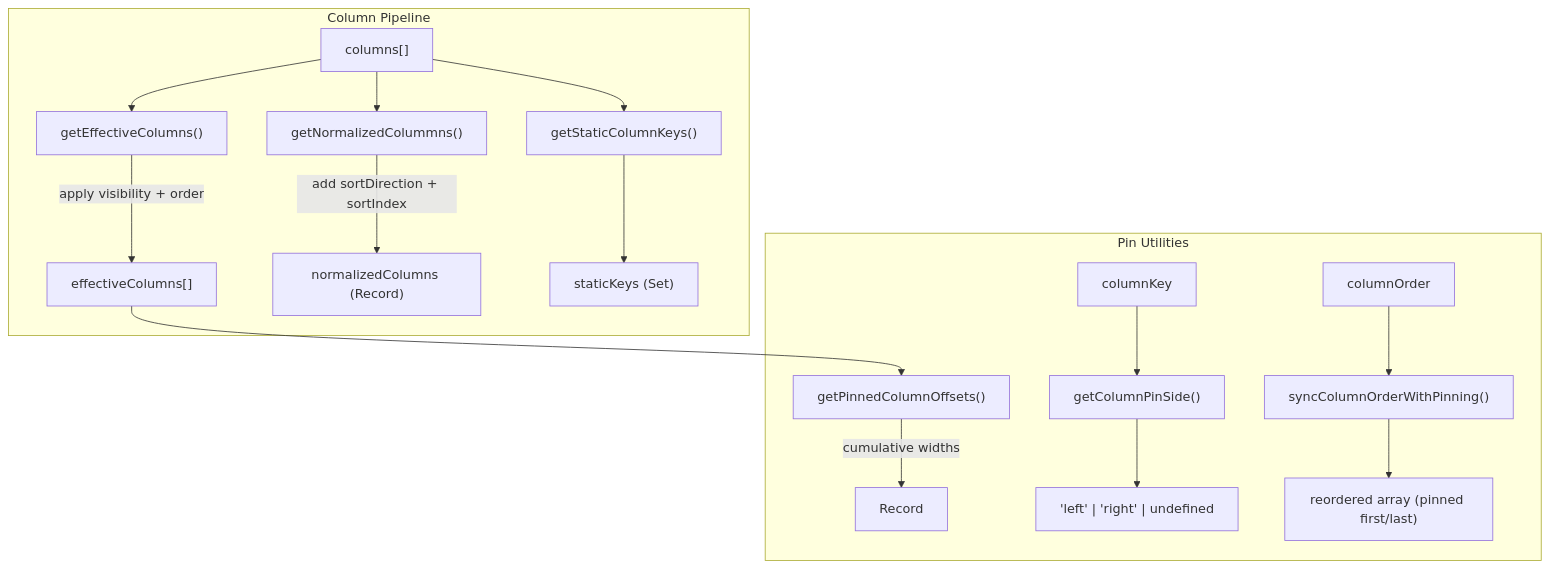
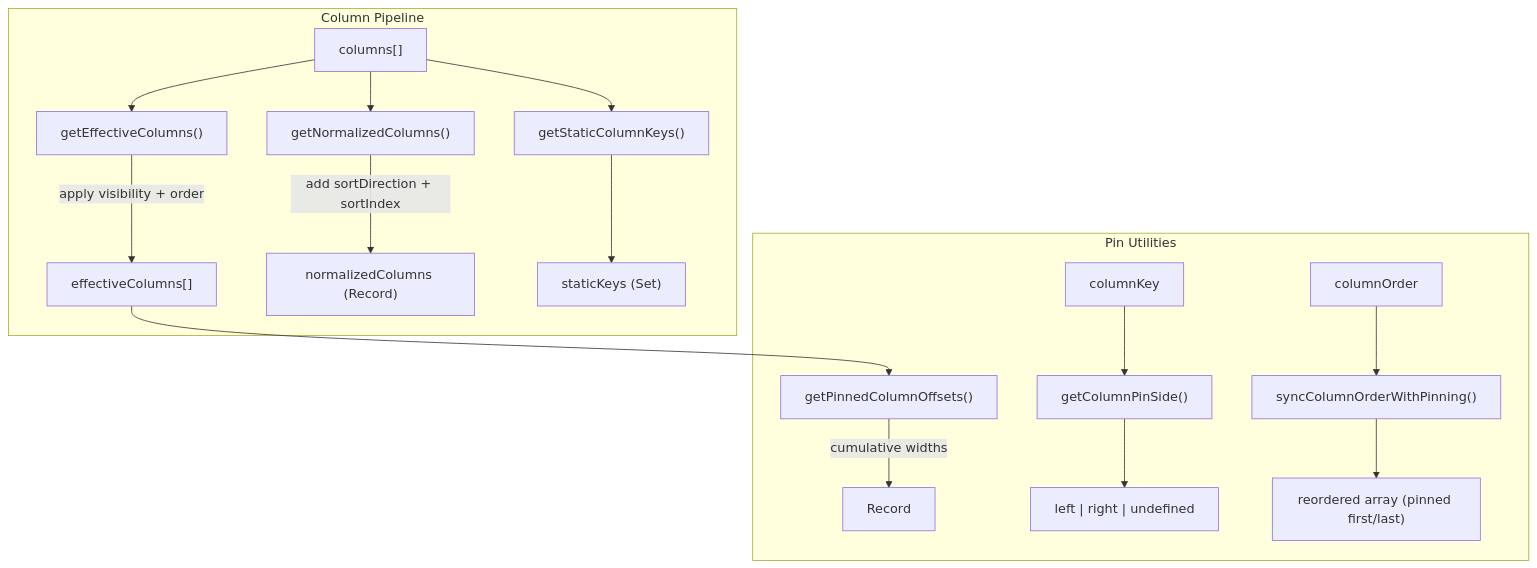
The second of 3 diagrams in apps/react-router/src/components/Table/utils/ARCHITECTURE.md (luciocabrera/lcabrera-stack), drawn with Mermaid before and after one commit. The commit also changed other lines of this file and 25 other files, not shown here.

````diff
--- a/apps/react-router/src/components/Table/utils/ARCHITECTURE.md
+++ b/apps/react-router/src/components/Table/utils/ARCHITECTURE.md
@@ -28,24 +67,24 @@
 ```mermaid
 graph TD
   subgraph "Column Pipeline"
     Cols["columns[]"] --> EC["getEffectiveColumns()"]
     EC -->|"apply visibility + order"| Effective["effectiveColumns[]"]
 
-    Cols --> NC["getNormalizedColummns()"]
+    Cols --> NC["getNormalizedColumns()"]
     NC -->|"add sortDirection + sortIndex"| Normalized["normalizedColumns (Record)"]
 
     Cols --> SK["getStaticColumnKeys()"]
     SK --> Static["staticKeys (Set)"]
   end
 
   subgraph "Pin Utilities"
     Effective --> Offsets["getPinnedColumnOffsets()"]
     Offsets -->|"cumulative widths"| PinInfo["Record<key, PinnedColumnInfo>"]
 
     Key["columnKey"] --> Side["getColumnPinSide()"]
-    Side --> PinSide["'left' | 'right' | undefined"]
+    Side --> PinSide["left | right | undefined"]
 
     Order["columnOrder"] --> Sync["syncColumnOrderWithPinning()"]
     Sync --> NewOrder["reordered array (pinned first/last)"]
   end
 ```
````
